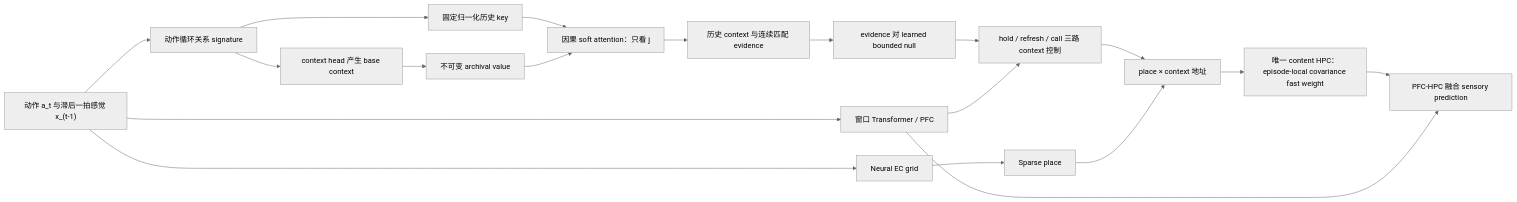
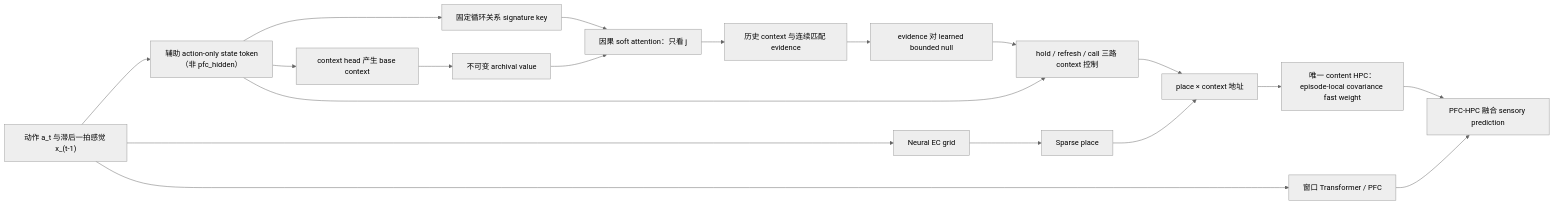
Before and after one commit to YifeiCAO/internal-store-dashboard: the diagram in REMAP_FORMER_M1I_RELIABLE_HISTORY_RESULT_CN.md, drawn with Mermaid (neutral theme). The commit also changed other lines of this file and 2 other files, not shown here.

Commit message:
Clarify M1i caller tensor path

````diff
--- a/REMAP_FORMER_M1I_RELIABLE_HISTORY_RESULT_CN.md
+++ b/REMAP_FORMER_M1I_RELIABLE_HISTORY_RESULT_CN.md
@@ -9,21 +9,21 @@
 ```mermaid
 flowchart LR
     A["动作 a_t 与滞后一拍感觉 x_(t-1)"] --> PFC["窗口 Transformer / PFC"]
-    A --> S["动作循环关系 signature"]
+    A --> S["辅助 action-only state token（非 pfc_hidden）"]
     S --> B["context head 产生 base context"]
-    S --> K["固定归一化历史 key"]
+    S --> K["固定循环关系 signature key"]
     B --> V["不可变 archival value"]
     K --> ATT["因果 soft attention：只看 j<t 的 proposal token"]
     V --> ATT
     ATT --> E["历史 context 与连续匹配 evidence"]
     E --> N["evidence 对 learned bounded null"]
     N --> C["hold / refresh / call 三路 context 控制"]
-    PFC --> C
+    S --> C
     A --> EC["Neural EC grid"]
     EC --> PL["Sparse place"]
     C --> ADDR["place × context 地址"]
     PL --> ADDR
     ADDR --> HPC["唯一 content HPC：episode-local covariance fast weight"]
     HPC --> OUT["PFC-HPC 融合 sensory prediction"]
     PFC --> OUT
 ```
````
